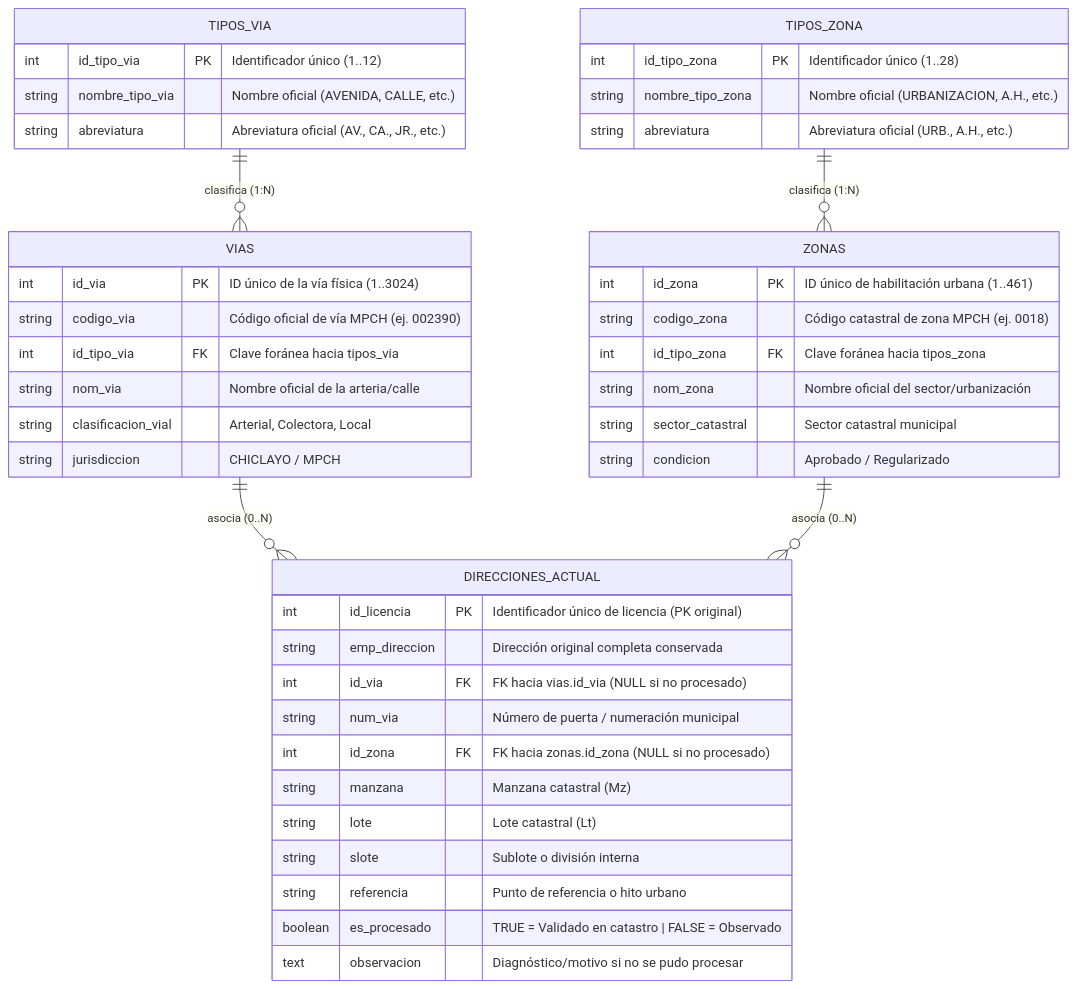
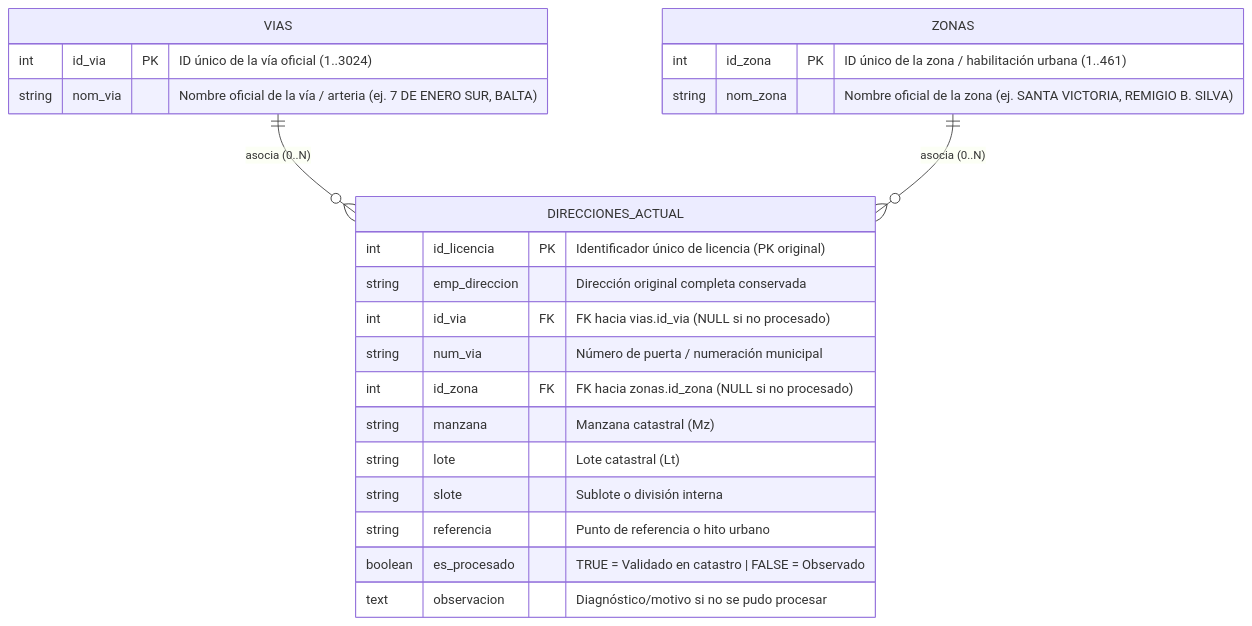
The first of 2 diagrams in docs/DIAGRAMA_BASE_DE_DATOS.md (Chungm7/ETL_DIRECCIONES), drawn with Mermaid before and after one commit. The commit also changed other lines of this file and 3 other files, not shown here.

Commit message:
refactor: simplificar estructura de tablas maestras vias y zonas a solo ID y nombre

````diff
--- a/docs/DIAGRAMA_BASE_DE_DATOS.md
+++ b/docs/DIAGRAMA_BASE_DE_DATOS.md
@@ -9,51 +9,29 @@
 ```mermaid
 erDiagram
-    TIPOS_VIA ||--o{ VIAS : "clasifica (1:N)"
-    TIPOS_ZONA ||--o{ ZONAS : "clasifica (1:N)"
     VIAS ||--o{ DIRECCIONES_ACTUAL : "asocia (0..N)"
     ZONAS ||--o{ DIRECCIONES_ACTUAL : "asocia (0..N)"
 
-    TIPOS_VIA {
-        int id_tipo_via PK "Identificador único (1..12)"
-        string nombre_tipo_via "Nombre oficial (AVENIDA, CALLE, etc.)"
-        string abreviatura "Abreviatura oficial (AV., CA., JR., etc.)"
-    }
-
-    TIPOS_ZONA {
-        int id_tipo_zona PK "Identificador único (1..28)"
-        string nombre_tipo_zona "Nombre oficial (URBANIZACION, A.H., etc.)"
-        string abreviatura "Abreviatura oficial (URB., A.H., etc.)"
-    }
-
     VIAS {
-        int id_via PK "ID único de la vía física (1..3024)"
-        string codigo_via "Código oficial de vía MPCH (ej. 002390)"
-        int id_tipo_via FK "Clave foránea hacia tipos_via"
-        string nom_via "Nombre oficial de la arteria/calle"
-        string clasificacion_vial "Arterial, Colectora, Local"
-        string jurisdiccion "CHICLAYO / MPCH"
+        int id_via PK "ID único de la vía oficial (1..3024)"
+        string nom_via "Nombre oficial de la vía / arteria (ej. 7 DE ENERO SUR, BALTA)"
     }
 
     ZONAS {
-        int id_zona PK "ID único de habilitación urbana (1..461)"
-        string codigo_zona "Código catastral de zona MPCH (ej. 0018)"
-        int id_tipo_zona FK "Clave foránea hacia tipos_zona"
-        string nom_zona "Nombre oficial del sector/urbanización"
-        string sector_catastral "Sector catastral municipal"
-        string condicion "Aprobado / Regularizado"
+        int id_zona PK "ID único de la zona / habilitación urbana (1..461)"
+        string nom_zona "Nombre oficial de la zona (ej. SANTA VICTORIA, REMIGIO B. SILVA)"
     }
 
     DIRECCIONES_ACTUAL {
         int id_licencia PK "Identificador único de licencia (PK original)"
         string emp_direccion "Dirección original completa conservada"
         int id_via FK "FK hacia vias.id_via (NULL si no procesado)"
         string num_via "Número de puerta / numeración municipal"
         int id_zona FK "FK hacia zonas.id_zona (NULL si no procesado)"
         string manzana "Manzana catastral (Mz)"
         string lote "Lote catastral (Lt)"
         string slote "Sublote o división interna"
         string referencia "Punto de referencia o hito urbano"
         boolean es_procesado "TRUE = Validado en catastro | FALSE = Observado"
         text observacion "Diagnóstico/motivo si no se pudo procesar"
     }
 ```
````
